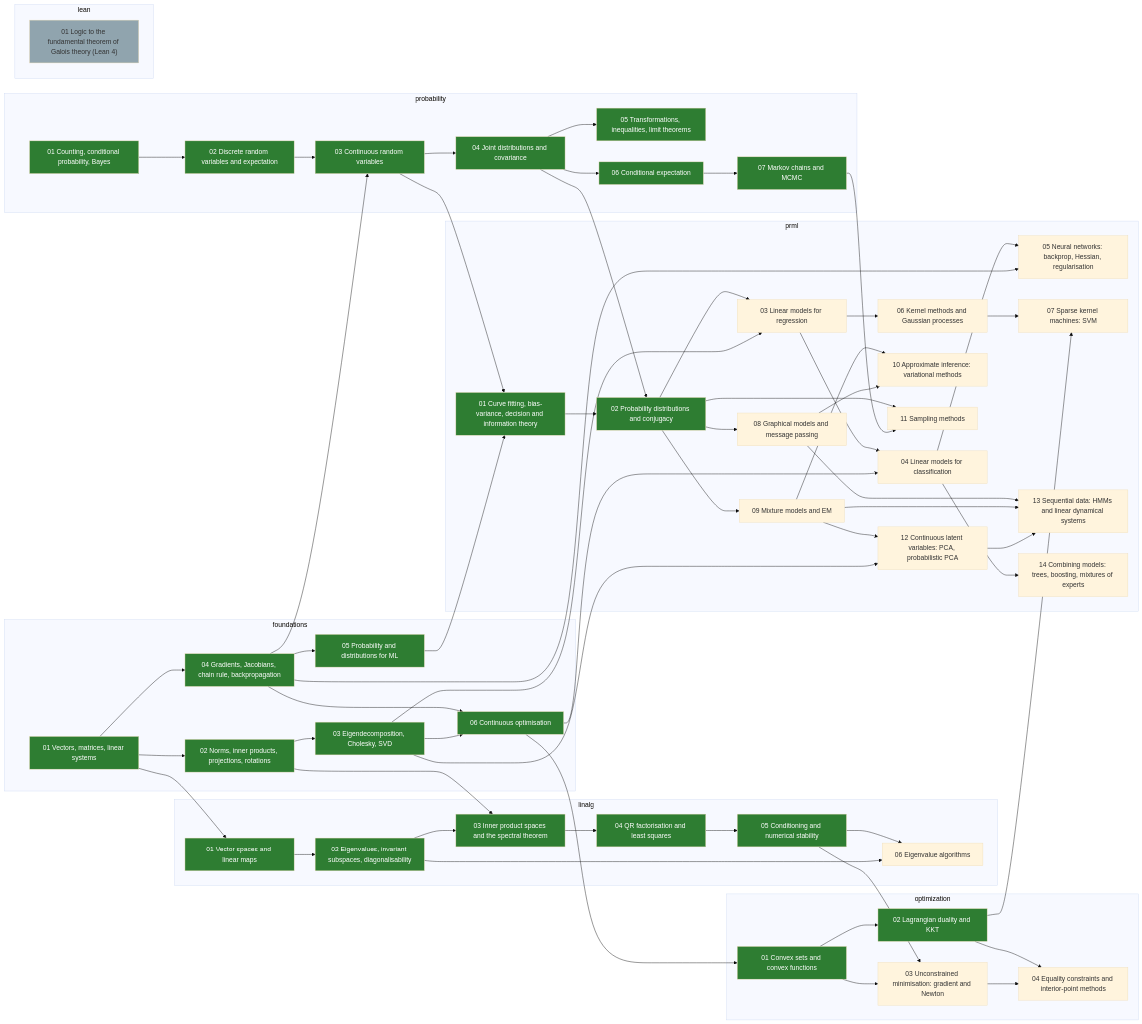
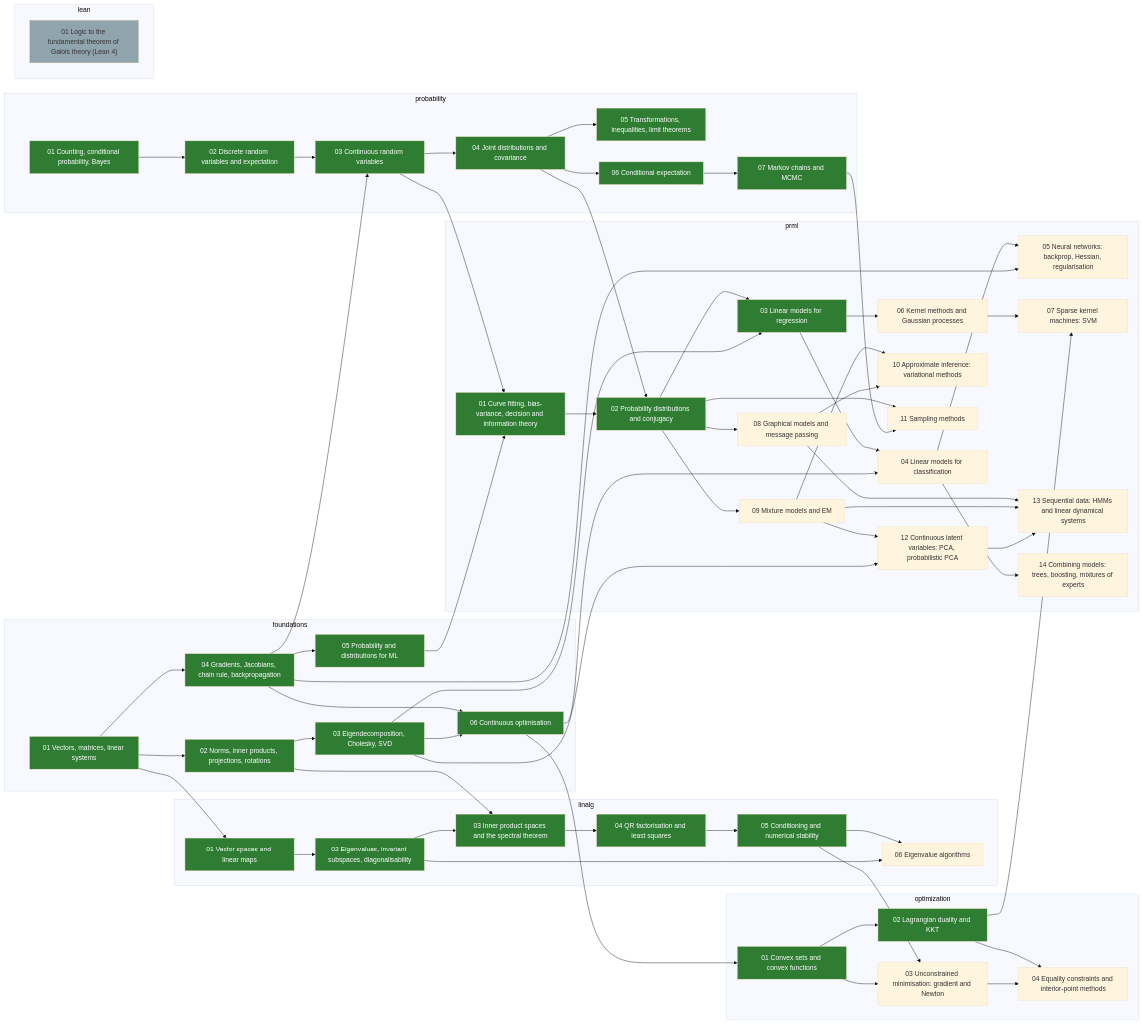
The diagram in skill-tree/README.md (alektebel/learn-stuff-from-scratch), drawn with Mermaid (base theme) before and after one commit. The commit also changed other lines of this file and 8 other files, not shown here.

First line of the commit message:
math: build prml-03-linear-regression

```diff
--- a/skill-tree/README.md
+++ b/skill-tree/README.md
@@ -103,7 +103,7 @@
   subgraph prml
     prml-01-introduction["01 Curve fitting, bias-variance, decision and information theory"]:::done
     prml-02-distributions["02 Probability distributions and conjugacy"]:::done
-    prml-03-linear-regression["03 Linear models for regression"]
+    prml-03-linear-regression["03 Linear models for regression"]:::done
     prml-04-linear-classification["04 Linear models for classification"]
     prml-05-neural-networks["05 Neural networks: backprop, Hessian, regularisation"]
     prml-06-kernels-gps["06 Kernel methods and Gaussian processes"]
```
